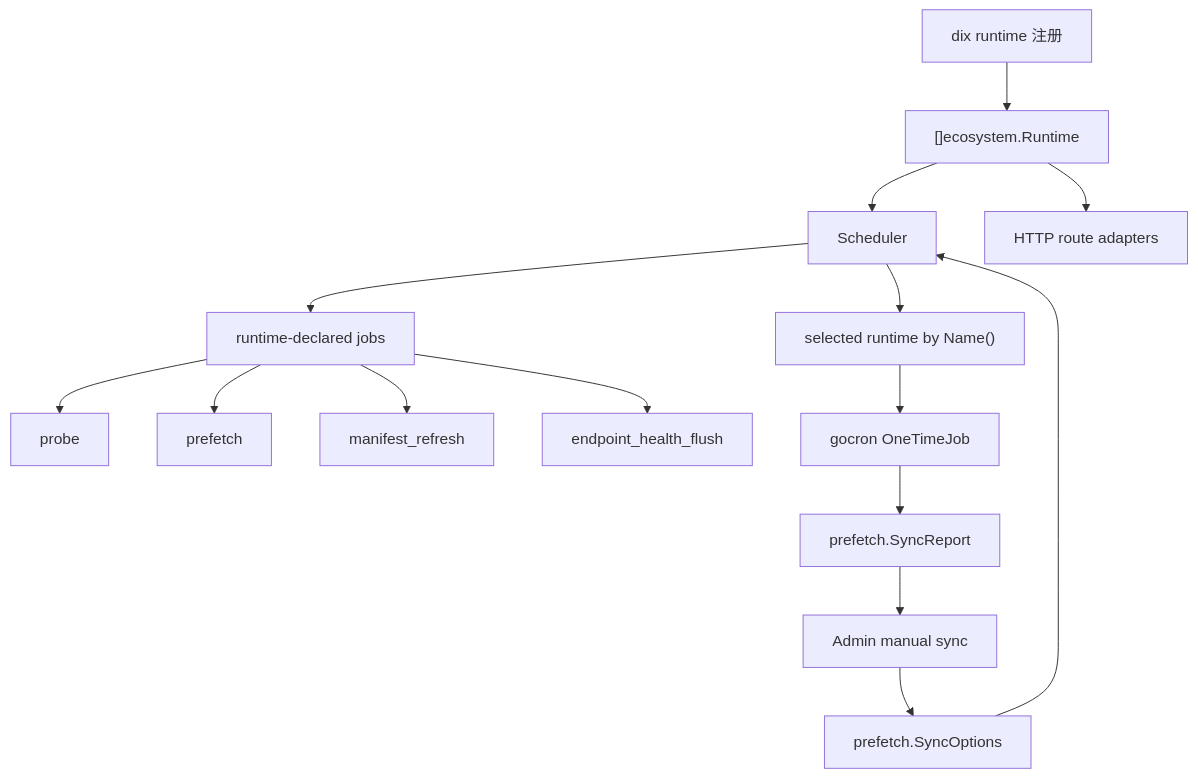
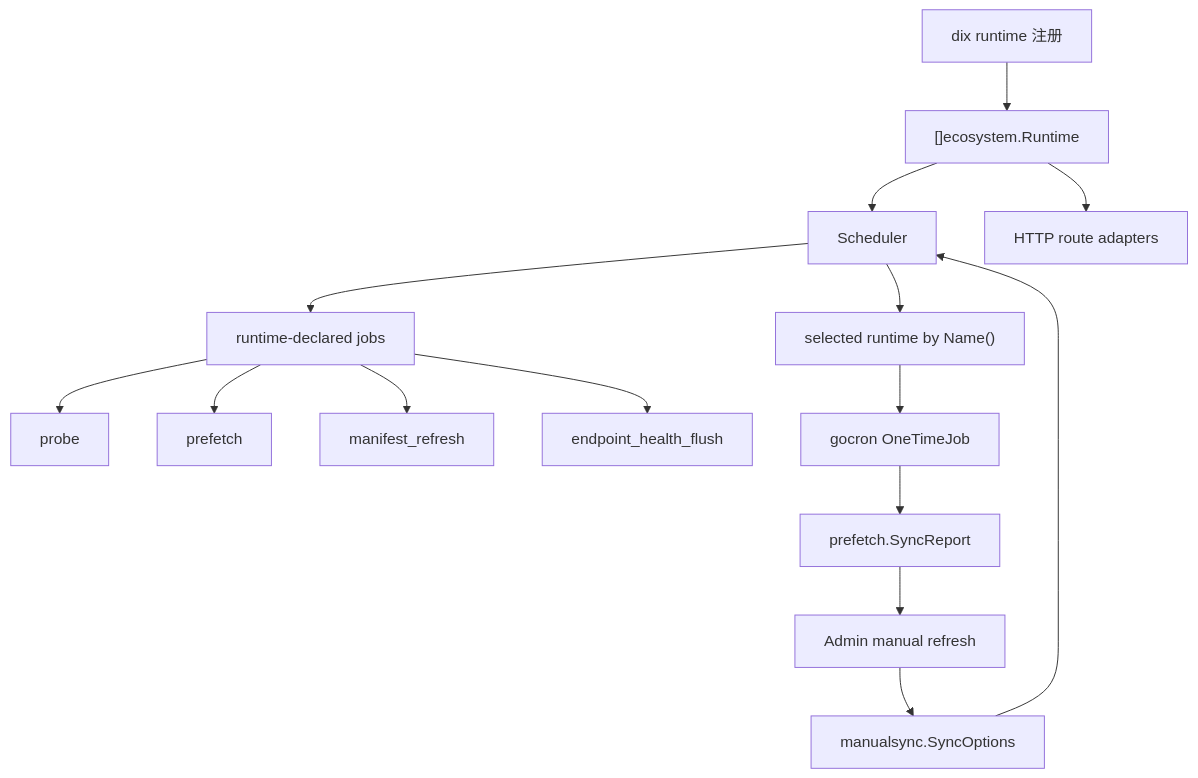
Before and after one commit to lyonbrown4d/regimux: the third of 4 diagrams in docs/zh/design.md, drawn with Mermaid. The commit also changed other lines of this file and 82 other files, not shown here.

````diff
--- a/docs/zh/design.md
+++ b/docs/zh/design.md
@@ -176,19 +177,19 @@
 ```mermaid
 flowchart TD
   dix["dix runtime 注册"] --> runtimes["[]ecosystem.Runtime"]
   runtimes --> scheduler["Scheduler"]
   runtimes --> routes["HTTP route adapters"]
 
   scheduler --> jobs["runtime-declared jobs"]
   jobs --> probe["probe"]
   jobs --> prefetch["prefetch"]
   jobs --> refresh["manifest_refresh"]
   jobs --> flush["endpoint_health_flush"]
 
-  admin["Admin manual sync"] --> syncopts["prefetch.SyncOptions"]
+  admin["Admin manual refresh"] --> syncopts["manualsync.SyncOptions"]
   syncopts --> scheduler
   scheduler --> selected["selected runtime by Name()"]
   selected --> onetime["gocron OneTimeJob"]
   onetime --> report["prefetch.SyncReport"]
   report --> admin
 ```
````
